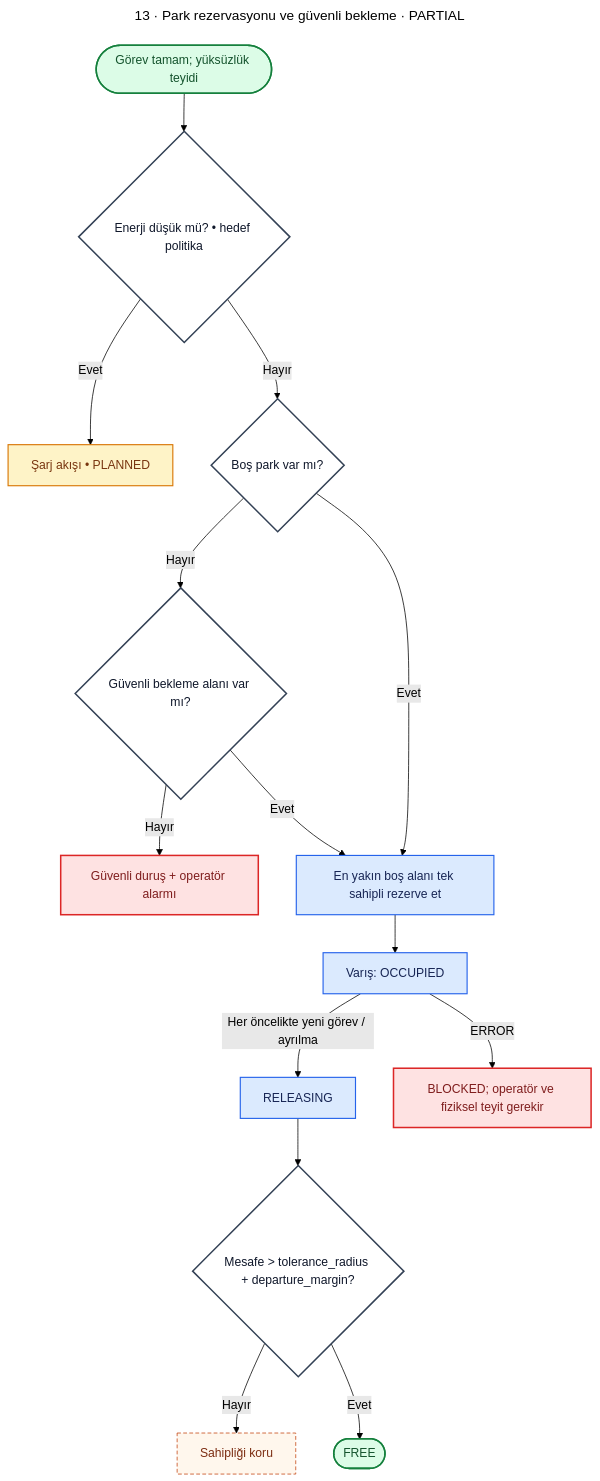
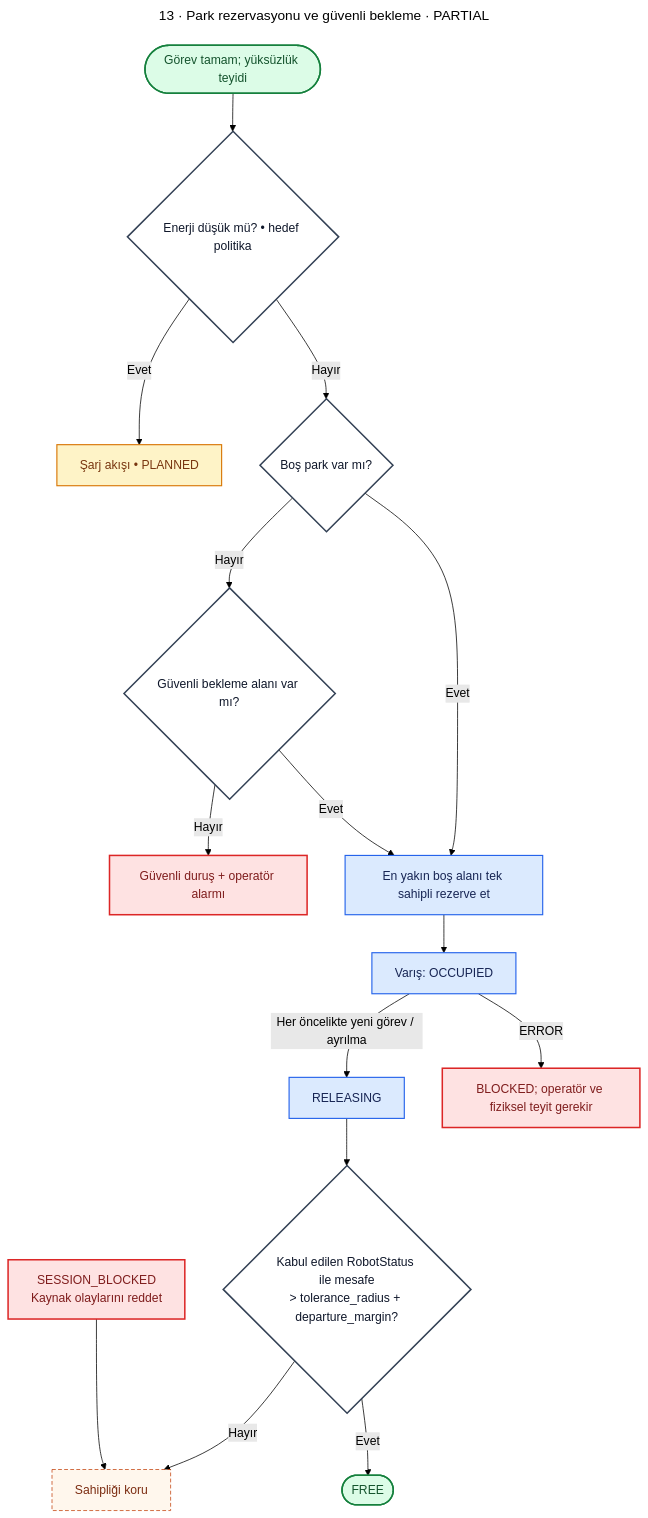
Diagram 13 of 18 in docs/diagrams/README.md (m-gnr/ros2-fleet-manager), drawn with Mermaid (forest theme) before and after one commit. The commit also changed other lines of this file and 13 other files, not shown here.

````diff
--- a/docs/diagrams/README.md
+++ b/docs/diagrams/README.md
@@ -743,30 +746,31 @@
 ```mermaid
 ---
 title: "13 · Park rezervasyonu ve güvenli bekleme · PARTIAL"
 ---
 flowchart TD
  A(["Görev tamam; yüksüzlük teyidi"]):::terminal --> LOW{"Enerji düşük mü? • hedef politika"}:::decision
  LOW -->|"Evet"| C["Şarj akışı • PLANNED"]:::battery
  LOW -->|"Hayır"| PARK{"Boş park var mı?"}:::decision
  PARK -->|"Hayır"| SAFE{"Güvenli bekleme alanı var mı?"}:::decision
  SAFE -->|"Hayır"| STOP["Güvenli duruş + operatör alarmı"]:::error
  PARK -->|"Evet"| RES["En yakın boş alanı tek sahipli rezerve et"]:::fm
  SAFE -->|"Evet"| RES
  RES --> OCC["Varış: OCCUPIED"]:::fm
  OCC -->|"Her öncelikte yeni görev / ayrılma"| REL["RELEASING"]:::fm
- REL --> P{"Mesafe > tolerance_radius + departure_margin?"}:::decision
+ REL --> P{"Kabul edilen RobotStatus ile mesafe<br/>> tolerance_radius + departure_margin?"}:::decision
  P -->|"Hayır"| WAIT["Sahipliği koru"]:::wait
  P -->|"Evet"| FREE(["FREE"]):::terminal
  OCC -->|"ERROR"| BLOCK["BLOCKED; operatör ve fiziksel teyit gerekir"]:::error
+ SESSION["SESSION_BLOCKED<br/>Kaynak olaylarını reddet"]:::error --> WAIT
 
  classDef fm fill:#dbeafe,stroke:#2563eb,color:#172554,stroke-width:1.5px;
  classDef executor fill:#ede9fe,stroke:#7c3aed,color:#2e1065,stroke-width:1.5px;
  classDef nav fill:#ccfbf1,stroke:#0f766e,color:#134e4a,stroke-width:1.5px;
  classDef battery fill:#fef3c7,stroke:#d97706,color:#78350f,stroke-width:1.5px;
  classDef db fill:#e2e8f0,stroke:#475569,color:#0f172a,stroke-width:1.5px;
  classDef ui fill:#fce7f3,stroke:#be185d,color:#831843,stroke-width:1.5px;
  classDef decision fill:#fff,stroke:#334155,color:#0f172a,stroke-width:2px;
  classDef error fill:#fee2e2,stroke:#dc2626,color:#7f1d1d,stroke-width:2px;
  classDef wait fill:#fff7ed,stroke:#c2410c,color:#7c2d12,stroke-dasharray:5 3;
  classDef terminal fill:#dcfce7,stroke:#15803d,color:#14532d,stroke-width:2px;
 ```
````
